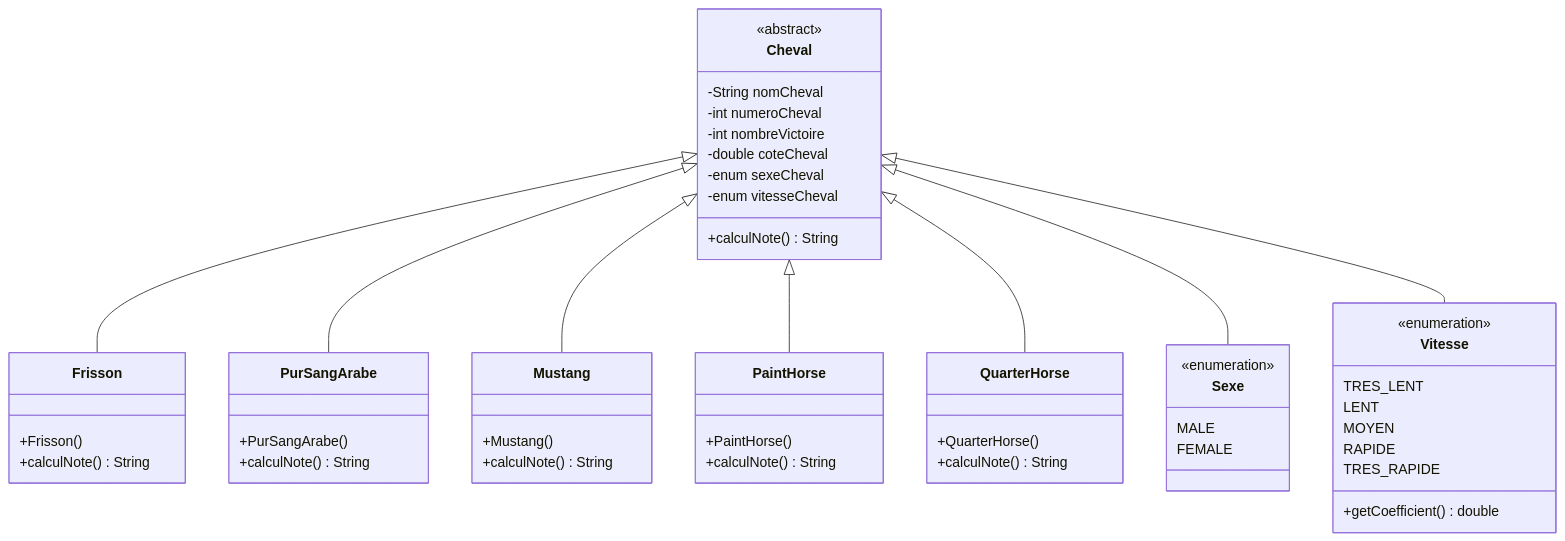
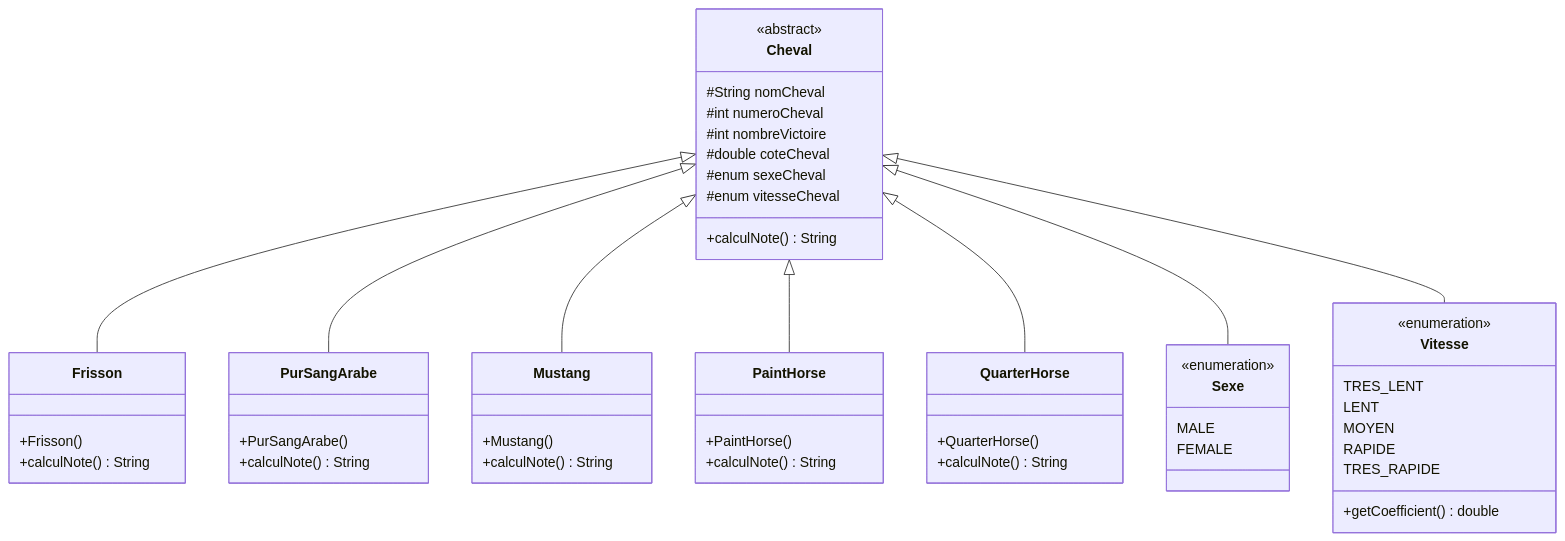
The first of 3 diagrams in README.md (GROSS-Jeremy-2124027/horseRacing), drawn with Mermaid before and after one commit. The commit also changed other lines of this file, not shown here.

````diff
--- a/README.md
+++ b/README.md
@@ -45,56 +45,56 @@
 ```mermaid
 classDiagram
     class Cheval {
         <<abstract>>
-        -String nomCheval
-        -int numeroCheval
-        -int nombreVictoire
-        -double coteCheval
-        -enum sexeCheval
-        -enum vitesseCheval
+        #String nomCheval
+        #int numeroCheval
+        #int nombreVictoire
+        #double coteCheval
+        #enum sexeCheval
+        #enum vitesseCheval
         +calculNote() String
     }
     class Frisson {
         +Frisson()
         +calculNote() String
     }
    class PurSangArabe {
         +PurSangArabe()
         +calculNote() String
     }
     class Mustang {
         +Mustang()
         +calculNote() String
     }
     class PaintHorse {
         +PaintHorse()
         +calculNote() String
     }
     class QuarterHorse {
         +QuarterHorse()
         +calculNote() String
     }
     class Vitesse{
     <<enumeration>>
         TRES_LENT
         LENT
         MOYEN
         RAPIDE
         TRES_RAPIDE
         +getCoefficient() double
     }
     class Sexe{
     <<enumeration>>
         MALE
         FEMALE
     }
     
     Cheval <|-- Frisson
     Cheval <|-- PurSangArabe
     Cheval <|-- Mustang
     Cheval <|-- PaintHorse
     Cheval <|-- QuarterHorse
     Cheval <|-- Sexe
     Cheval <|-- Vitesse
     
 ```
````
